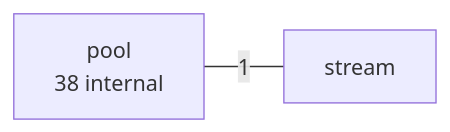
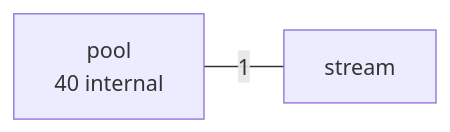
One commit to LukasSelin/doppel changed the second of 8 diagrams in examples/conc.md. Above: the diagram before and after it, drawn with Mermaid. The commit also changed other lines of this file and 66 other files, not shown here.

````diff
--- a/examples/conc.md
+++ b/examples/conc.md
@@ -114,6 +101,6 @@
 ```mermaid
 flowchart LR
-    p0["pool<br/>38 internal"]
+    p0["pool<br/>40 internal"]
     p1["stream"]
     p0 ---|"1"| p1
 ```
````
